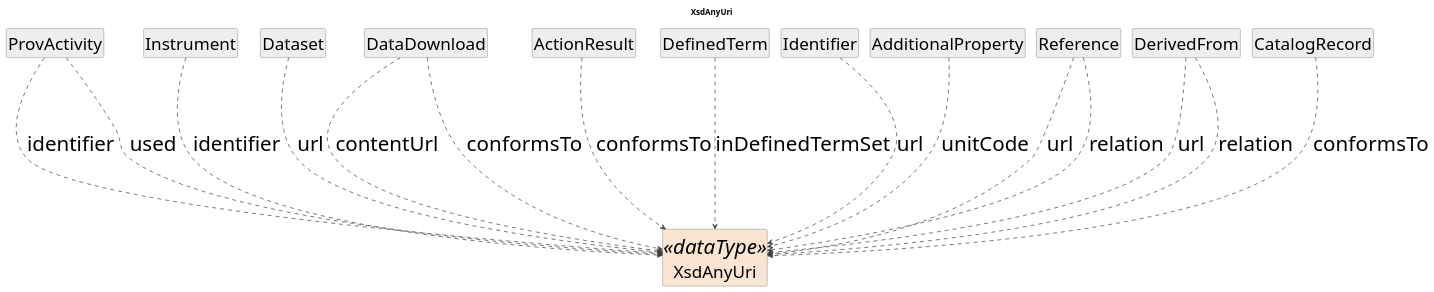
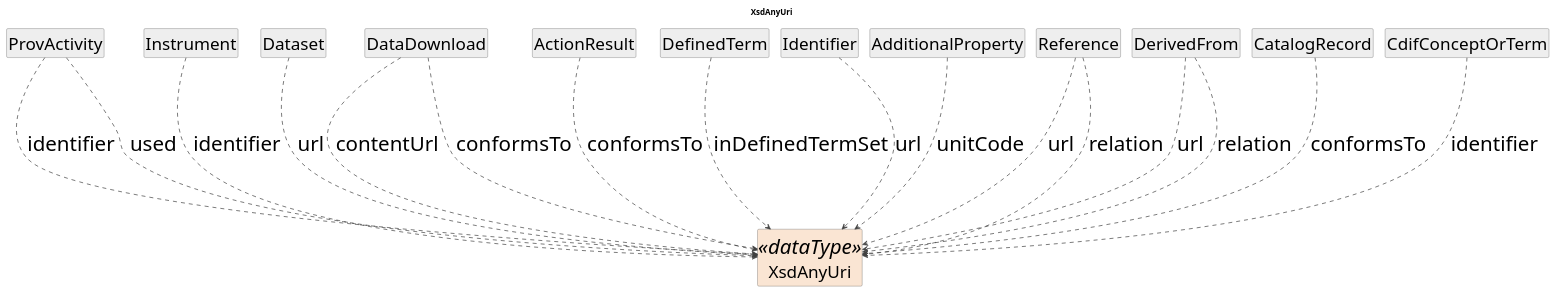
One commit to Cross-Domain-Interoperability-Framework/metadataBuildingBlocks changed the diagram in cdif-uml-model/CDIFProvenance/DataTypes/XsdAnyUri.pu. Above: the diagram before and after it, drawn with PlantUML. The commit also changed 358 other files, not shown here.

```diff
--- a/cdif-uml-model/CDIFProvenance/DataTypes/XsdAnyUri.pu
+++ b/cdif-uml-model/CDIFProvenance/DataTypes/XsdAnyUri.pu
@@ -1,45 +1,47 @@
 @startuml
 title XsdAnyUri
 hide circle
 hide empty members
 skinparam shadowing false
 skinparam ArrowThickness 1.2
 skinparam ranksep 250
 skinparam nodesep 20
 skinparam defaultFontSize 36
 skinparam class {
   ArrowColor #404040
   BorderColor #404040
   FontSize 36
   AttributeFontSize 30
 }
 
 class "XsdAnyUri" as XsdAnyUri <<dataType>> #FAE5D3
 class "ProvActivity" as ProvActivity #EEEEEE
 ProvActivity ..> XsdAnyUri : identifier
 ProvActivity ..> XsdAnyUri : used
 class "Instrument" as Instrument #EEEEEE
 Instrument ..> XsdAnyUri : identifier
 class "Dataset" as Dataset #EEEEEE
 Dataset ..> XsdAnyUri : url
 class "DataDownload" as DataDownload #EEEEEE
 DataDownload ..> XsdAnyUri : contentUrl
 DataDownload ..> XsdAnyUri : conformsTo
 class "ActionResult" as ActionResult #EEEEEE
 ActionResult ..> XsdAnyUri : conformsTo
 class "DefinedTerm" as DefinedTerm #EEEEEE
 DefinedTerm ..> XsdAnyUri : inDefinedTermSet
 class "Identifier" as Identifier #EEEEEE
 Identifier ..> XsdAnyUri : url
 class "AdditionalProperty" as AdditionalProperty #EEEEEE
 AdditionalProperty ..> XsdAnyUri : unitCode
 class "Reference" as Reference #EEEEEE
 Reference ..> XsdAnyUri : url
 Reference ..> XsdAnyUri : relation
 class "DerivedFrom" as DerivedFrom #EEEEEE
 DerivedFrom ..> XsdAnyUri : url
 DerivedFrom ..> XsdAnyUri : relation
 class "CatalogRecord" as CatalogRecord #EEEEEE
 CatalogRecord ..> XsdAnyUri : conformsTo
+class "CdifConceptOrTerm" as CdifConceptOrTerm #EEEEEE
+CdifConceptOrTerm ..> XsdAnyUri : identifier
 
 @enduml
```
